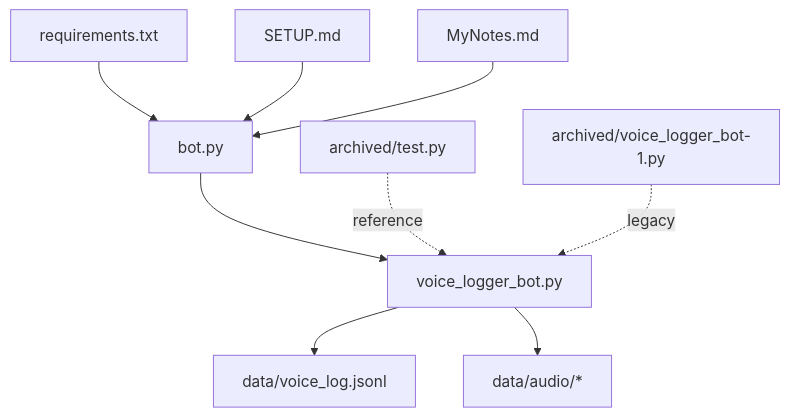
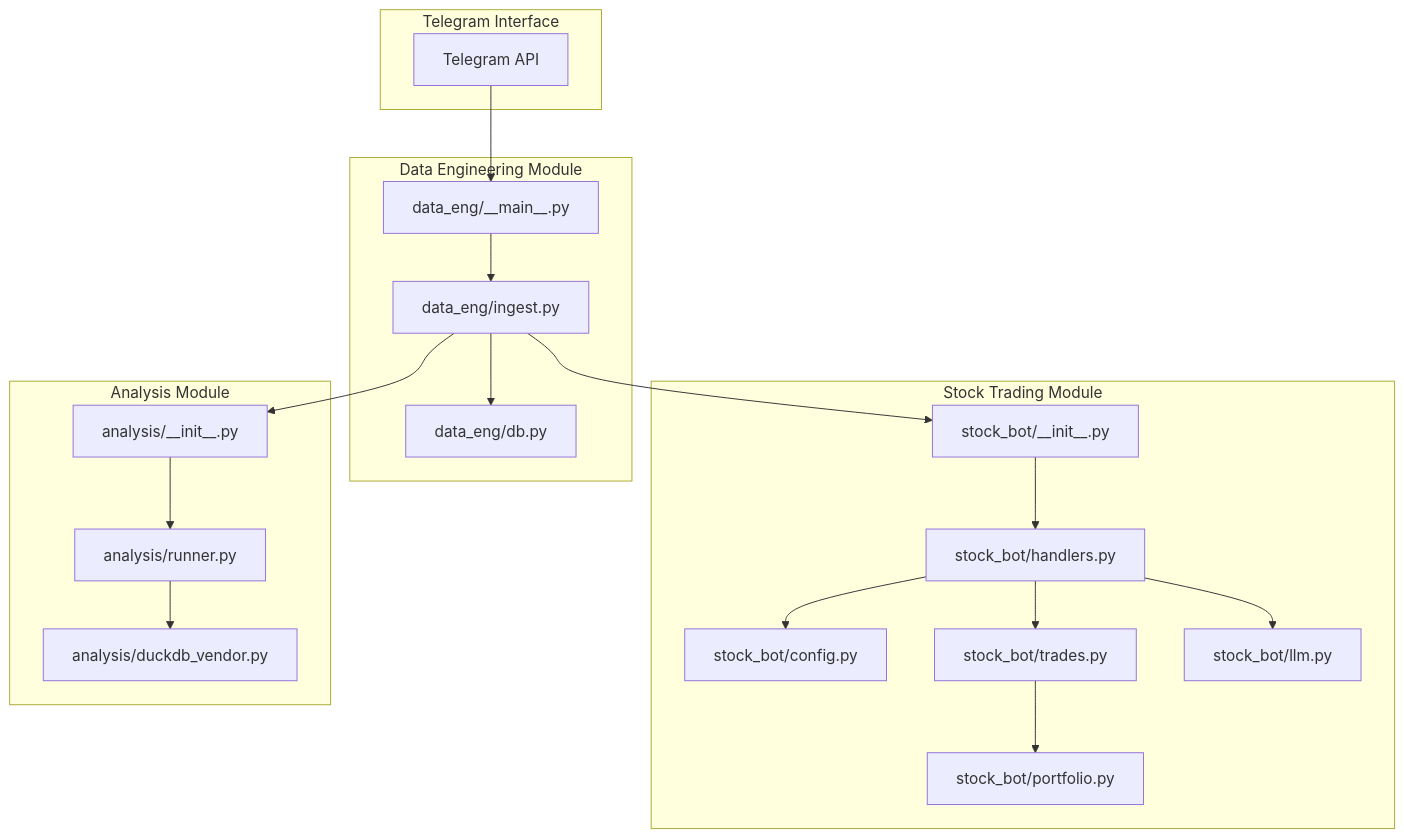
The first of 5 diagrams in .qoder/repowiki/en/content/Project Overview.md (ZengSeng/telegram-bot), drawn with Mermaid before and after one commit. The commit also changed other lines of this file and 18 other files, not shown here.

````diff
--- a/.qoder/repowiki/en/content/Project Overview.md
+++ b/.qoder/repowiki/en/content/Project Overview.md
@@ -63,11 +91,36 @@
 ```mermaid
 graph TB
-A["bot.py"] --> B["voice_logger_bot.py"]
-C["requirements.txt"] --> A
-D["SETUP.md"] --> A
-E["MyNotes.md"] --> A
-B --> F["data/voice_log.jsonl"]
-B --> G["data/audio/*"]
-H["archived/test.py"] -. "reference" .-> B
-I["archived/voice_logger_bot-1.py"] -. "legacy" .-> B
+subgraph "Telegram Interface"
+A["Telegram API"]
+end
+subgraph "Data Engineering Module"
+B["data_eng/__main__.py"]
+C["data_eng/ingest.py"]
+D["data_eng/db.py"]
+end
+subgraph "Stock Trading Module"
+E["stock_bot/__init__.py"]
+F["stock_bot/handlers.py"]
+G["stock_bot/config.py"]
+H["stock_bot/trades.py"]
+I["stock_bot/portfolio.py"]
+J["stock_bot/llm.py"]
+end
+subgraph "Analysis Module"
+K["analysis/__init__.py"]
+L["analysis/runner.py"]
+M["analysis/duckdb_vendor.py"]
+end
+A --> B
+B --> C
+C --> D
+C --> E
+E --> F
+F --> G
+F --> H
+H --> I
+F --> J
+C --> K
+K --> L
+L --> M
 ```
````
